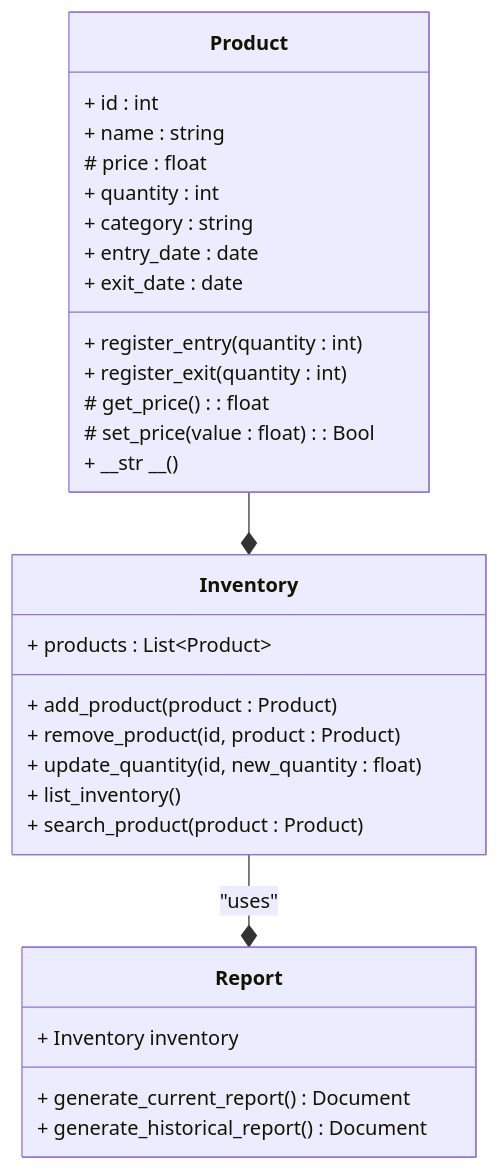
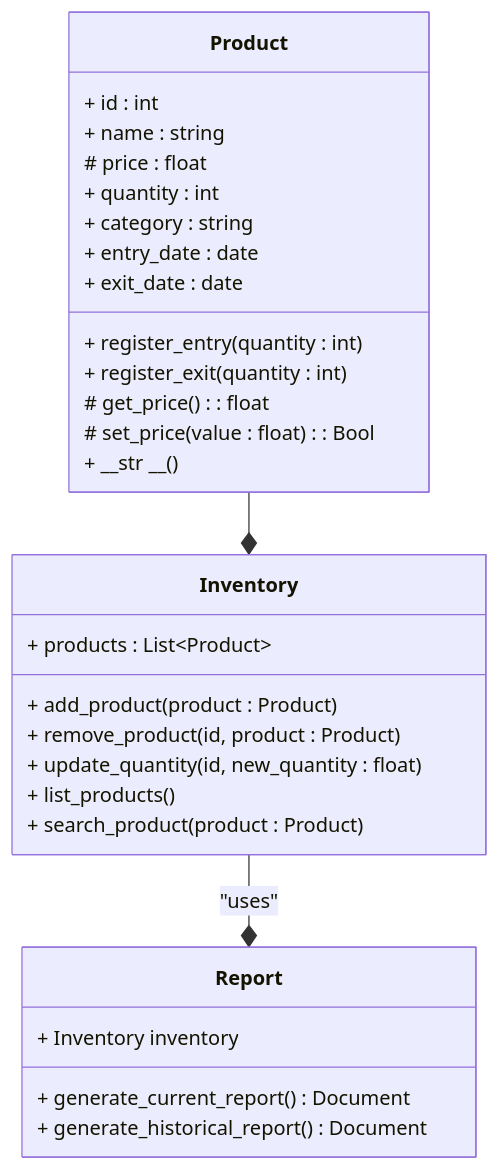
The diagram in README.md (nisaespa/project_progress), drawn with Mermaid before and after one commit. The commit also changed other lines of this file, not shown here.

````diff
--- a/README.md
+++ b/README.md
@@ -6,35 +6,35 @@
 ``` mermaid
 classDiagram
     class Product {
         + id : int
         + name : string
         # price : float
         + quantity : int
         + category : string
         + entry_date : date
         + exit_date : date
         + register_entry(quantity : int)
         + register_exit(quantity : int)
         # get_price() : float
         # set_price(value : float) : Bool
         + __str __()
     }
 
     class Inventory {
         + products : List~Product~ 
         + add_product(product : Product)
         + remove_product(id, product : Product)
         + update_quantity(id, new_quantity : float)
-        + list_inventory()
+        + list_products()
         + search_product(product : Product)
     }
 
     class Report {
         + Inventory inventory
         + generate_current_report() Document
         + generate_historical_report() Document
     }
 
     Product --* Inventory
     Inventory --* Report : "uses"
 ```
````
